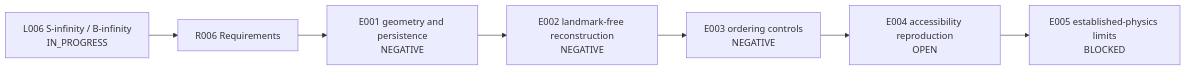
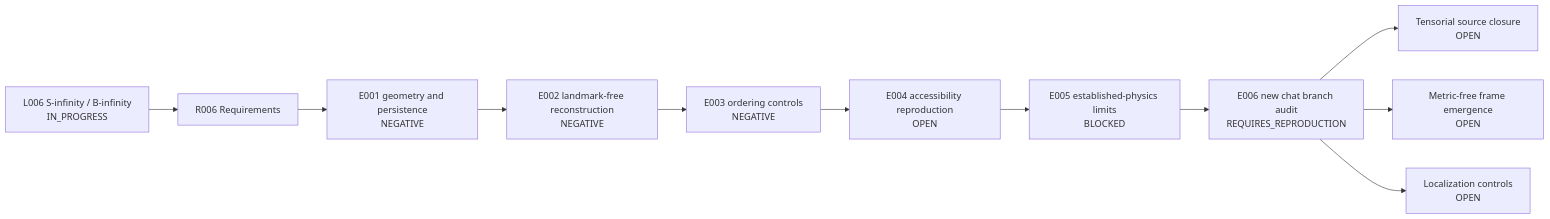
The diagram in Research/L006_s_infinity_b_infinity_relational_substrate/runbook.md (btanwar/indian-ancient-science), drawn with Mermaid before and after one commit. The commit also changed other lines of this file and 14 other files, not shown here.

````diff
--- a/Research/L006_s_infinity_b_infinity_relational_substrate/runbook.md
+++ b/Research/L006_s_infinity_b_infinity_relational_substrate/runbook.md
@@ -13,9 +13,13 @@
 ```mermaid
 flowchart LR
 	L006["L006 S-infinity / B-infinity<br/>IN_PROGRESS"] --> R006["R006 Requirements"]
 	R006 --> E1["E001 geometry and persistence<br/>NEGATIVE"]
 	E1 --> E2["E002 landmark-free reconstruction<br/>NEGATIVE"]
 	E2 --> E3["E003 ordering controls<br/>NEGATIVE"]
 	E3 --> E4["E004 accessibility reproduction<br/>OPEN"]
 	E4 --> E5["E005 established-physics limits<br/>BLOCKED"]
+	E5 --> E6["E006 new chat branch audit<br/>REQUIRES_REPRODUCTION"]
+	E6 --> E7["Tensorial source closure<br/>OPEN"]
+	E6 --> E8["Metric-free frame emergence<br/>OPEN"]
+	E6 --> E9["Localization controls<br/>OPEN"]
 ```
````
